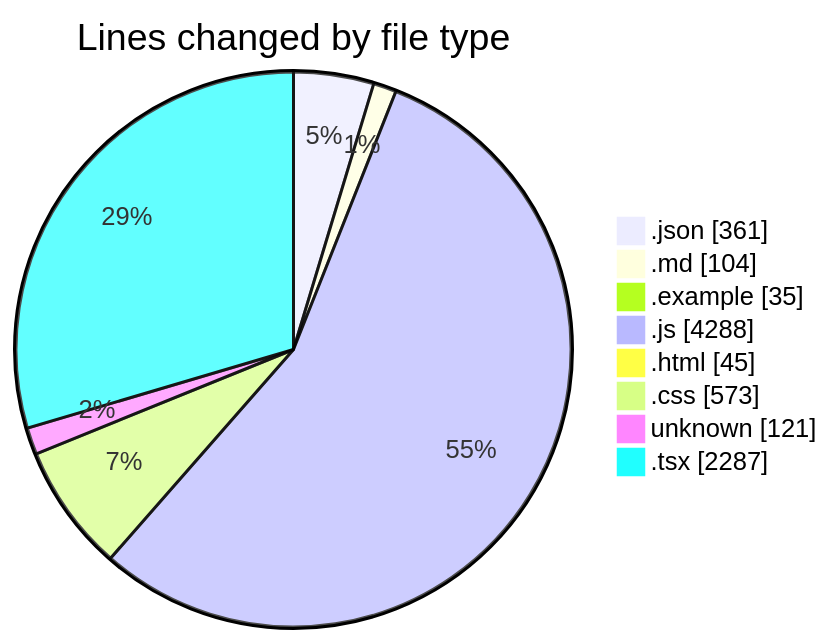
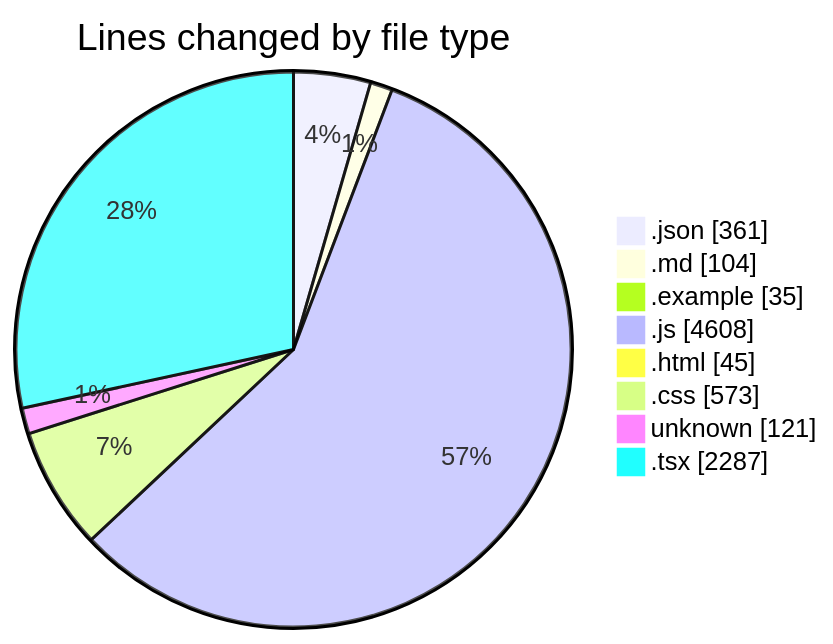
The first of 2 diagrams in 2025-08-05/napxuvn/README.md (lephambinh05/code-tracking), drawn with Mermaid before and after one commit. The commit also changed other lines of this file and 1 other file, not shown here.

````diff
--- a/2025-08-05/napxuvn/README.md
+++ b/2025-08-05/napxuvn/README.md
@@ -71,12 +72,12 @@
 ```mermaid
 pie showData
 title Lines changed by file type
 ".json" : 361
 ".md" : 104
 ".example" : 35
-".js" : 4288
+".js" : 4608
 ".html" : 45
 ".css" : 573
 "unknown" : 121
 ".tsx" : 2287
 ```
````
